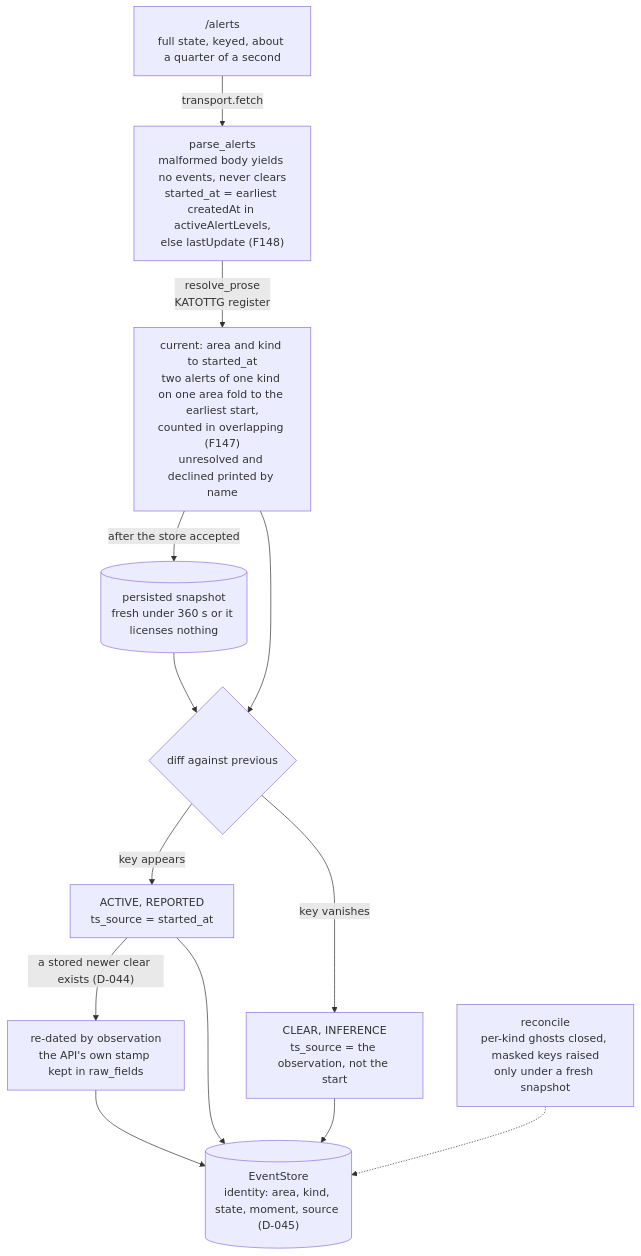
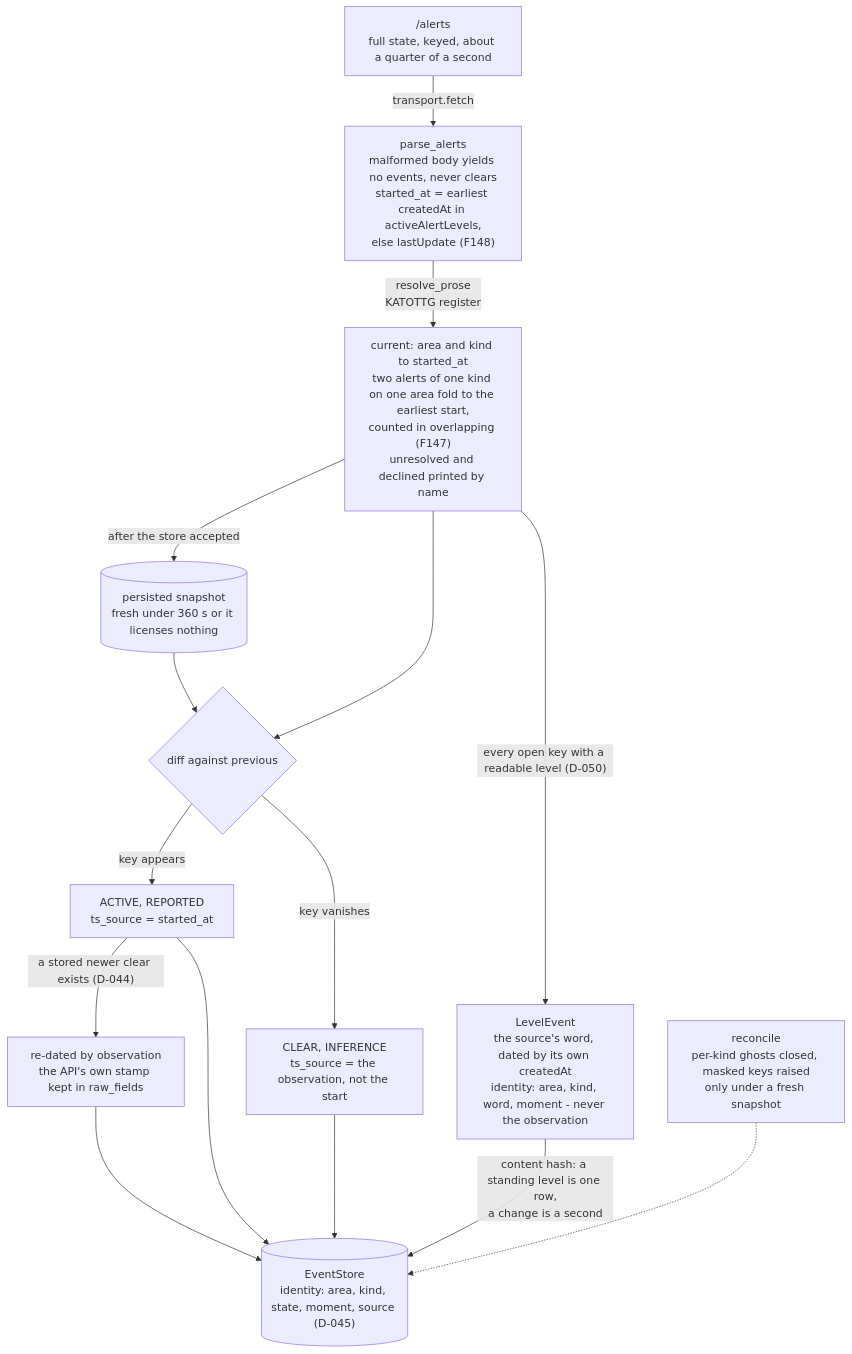
One commit to jerzy99jerzy/air-alert-early-warning changed the first of 3 diagrams in docs/DATA-FLOW.md. Above: the diagram before and after it, drawn with Mermaid. The commit also changed other lines of this file and 20 other files, not shown here.

Commit message:
0.53.4.0: the level as its own stream (D-050, second half); figures/audit agree on a one-decimal coverage

````diff
--- a/docs/DATA-FLOW.md
+++ b/docs/DATA-FLOW.md
@@ -51,16 +51,18 @@
 ```mermaid
 flowchart TD
     API["/alerts<br/>full state, keyed, about a quarter of a second"]
     API -->|"transport.fetch"| PARSE["parse_alerts<br/>malformed body yields no events, never clears<br/>started_at = earliest createdAt in activeAlertLevels,<br/>else lastUpdate (F148)"]
     PARSE -->|"resolve_prose<br/>KATOTTG register"| CUR["current: area and kind to started_at<br/>two alerts of one kind on one area fold to the earliest start,<br/>counted in overlapping (F147)<br/>unresolved and declined printed by name"]
     PREV[("persisted snapshot<br/>fresh under 360 s or it licenses nothing")] --> DIFF
     CUR --> DIFF{"diff against previous"}
     DIFF -->|"key appears"| ACT["ACTIVE, REPORTED<br/>ts_source = started_at"]
     DIFF -->|"key vanishes"| CLR["CLEAR, INFERENCE<br/>ts_source = the observation, not the start"]
     ACT -->|"a stored newer clear exists (D-044)"| RED["re-dated by observation<br/>the API's own stamp kept in raw_fields"]
     RED --> STORE
     ACT --> STORE[("EventStore<br/>identity: area, kind, state, moment, source (D-045)")]
     CLR --> STORE
+    CUR -->|"every open key with a readable level (D-050)"| LVL["LevelEvent<br/>the source's word, dated by its own createdAt<br/>identity: area, kind, word, moment - never the observation"]
+    LVL -->|"content hash: a standing level is one row,<br/>a change is a second"| STORE
     CUR -->|"after the store accepted"| PREV
     REC["reconcile<br/>per-kind ghosts closed, masked keys raised<br/>only under a fresh snapshot"] -.-> STORE
 ```
````
